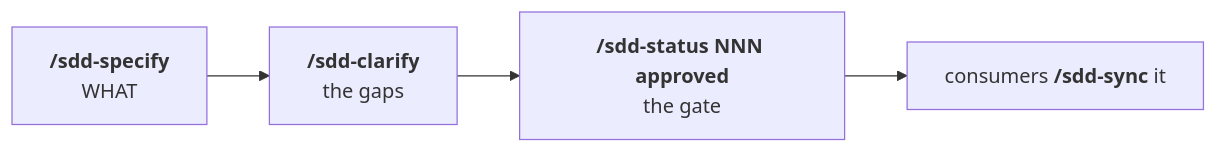
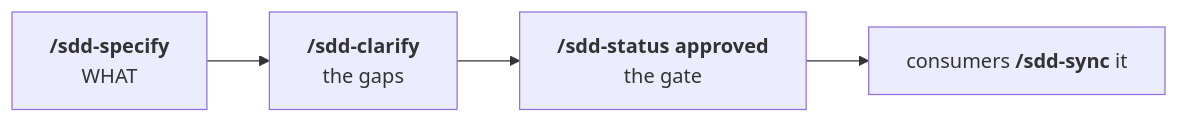
One commit to cabu0124/sdd-spec-template changed the second of 2 diagrams in docs/templates/readme.md. Above: the diagram before and after it, drawn with Mermaid. The commit also changed other lines of this file and 23 other files, not shown here.

````diff
--- a/docs/templates/readme.md
+++ b/docs/templates/readme.md
@@ -91,6 +91,6 @@
 ```mermaid
 flowchart LR
   specify["<b>/sdd-specify</b><br>WHAT"] --> clarify["<b>/sdd-clarify</b><br>the gaps"]
-  clarify --> status["<b>/sdd-status NNN approved</b><br>the gate"]
+  clarify --> status["<b>/sdd-status <id> approved</b><br>the gate"]
   status --> consumers["consumers <b>/sdd-sync</b> it"]
 ```
````
